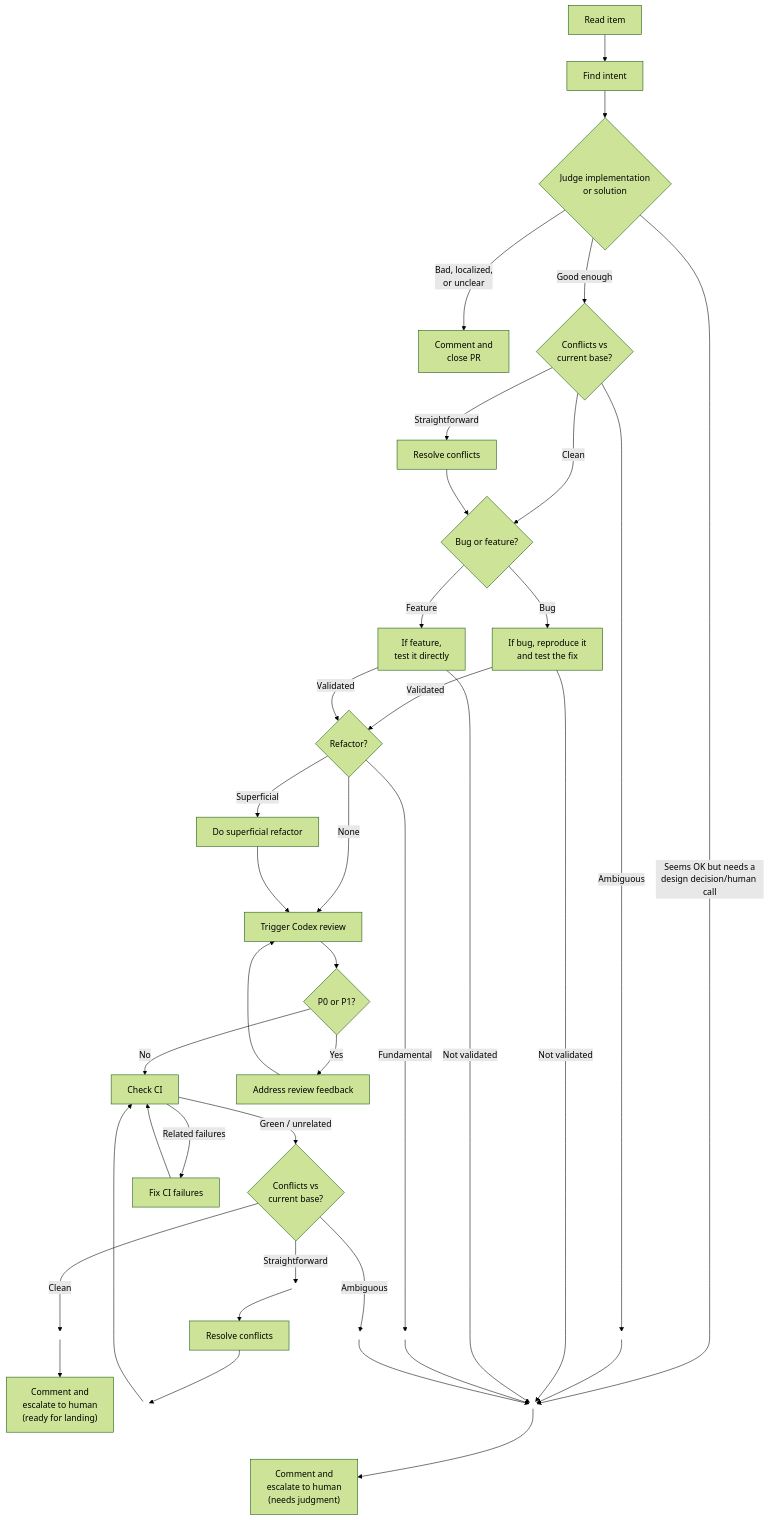
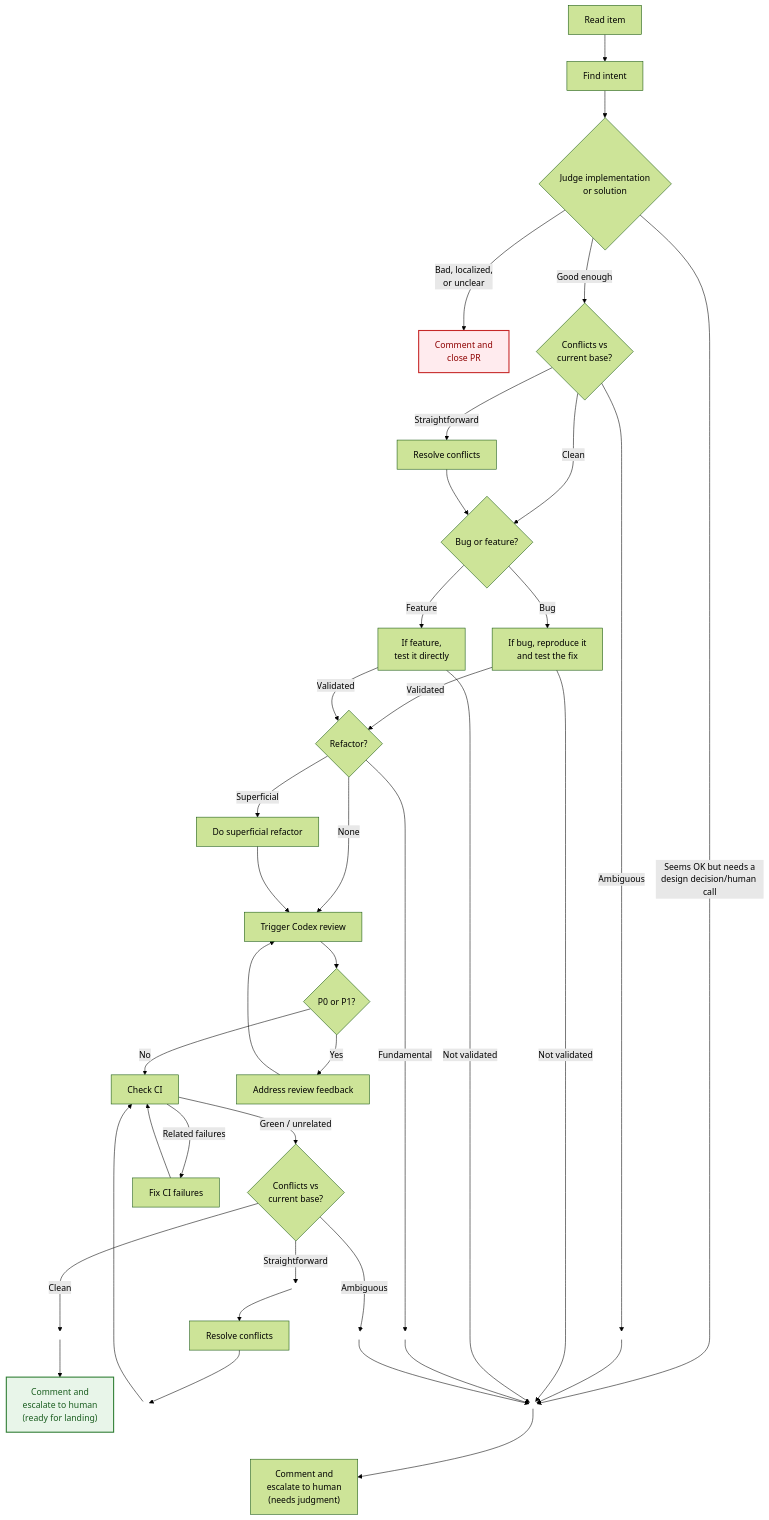
The diagram in examples/flows/pr-triage/README.md (openclaw/acpx), drawn with Mermaid (forest theme) before and after one commit.

Commit message:
docs: color pr triage terminal states

````diff
--- a/examples/flows/pr-triage/README.md
+++ b/examples/flows/pr-triage/README.md
@@ -5,58 +5,62 @@
 ```mermaid
 flowchart TD
     classDef hidden fill:none,stroke:none,color:none,stroke-width:0px;
+    classDef success fill:#e8f5e9,stroke:#2e7d32,color:#1b5e20,stroke-width:2px;
+    classDef reject fill:#ffebee,stroke:#c62828,color:#8e0000,stroke-width:2px;
     A[Read item] --> B[Find intent]
     B --> C{"Judge implementation<br/>or solution"}
     Y(( ))
     YC(( ))
     YF(( ))
     QL(( ))
     QC(( ))
     QR(( ))
     BACK(( ))
     class Y,YC,YF,QL,QC,QR,BACK hidden
 
     C -->|"Bad, localized,<br/>or unclear"| D[Comment and<br/>close PR]
     C -->|"Seems OK but needs a<br/>design decision/human call"| Y
     C -->|Good enough| M{"Conflicts vs<br/>current base?"}
 
     M -->|Clean| V{Bug or feature?}
     M -->|Straightforward| O[Resolve conflicts]
     O --> V
     M -->|Ambiguous| YC
     YC --> Y
 
     V -->|Bug| P[If bug, reproduce it<br/>and test the fix]
     V -->|Feature| T[If feature,<br/>test it directly]
 
     P -->|Validated| F{Refactor?}
     T -->|Validated| F
     P -->|"Not validated"| Y
     T -->|"Not validated"| Y
 
     F -->|Fundamental| YF
     YF --> Y
     F -->|Superficial| R[Do superficial refactor]
     F -->|None| G[Trigger Codex review]
     R --> G
 
     G --> H{P0 or P1?}
     H -->|No| J[Check CI]
     H -->|Yes| I[Address review feedback]
     I --> G
     J -->|Green / unrelated| Q{"Conflicts vs<br/>current base?"}
     J -->|Related failures| L[Fix CI failures]
     L --> J
 
     Q -->|Clean| QL
     QL --> W["Comment and<br/>escalate to human<br/>(ready for landing)"]
     Q -->|Straightforward| QC
     QC --> U[Resolve conflicts]
     U --> BACK
     BACK --> J
     Q -->|Ambiguous| QR
     QR --> Y
     Y --> E["Comment and<br/>escalate to human<br/>(needs judgment)"]
     W ~~~ E
     QC ~~~ QR
+    class W success
+    class D reject
 ```
````
